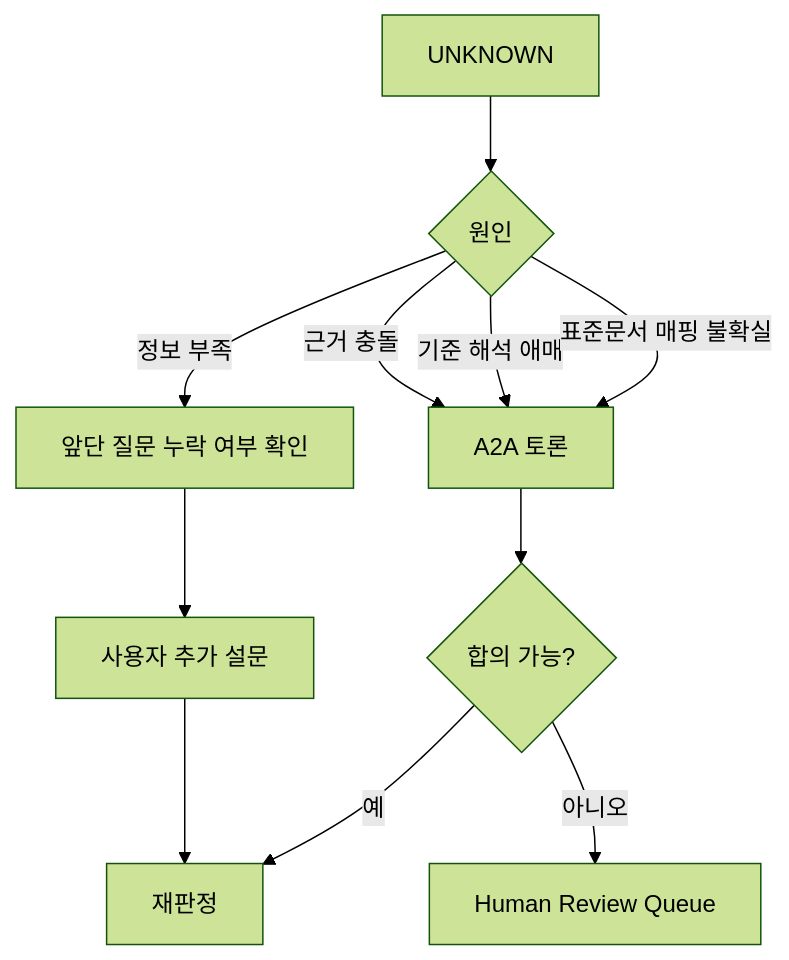
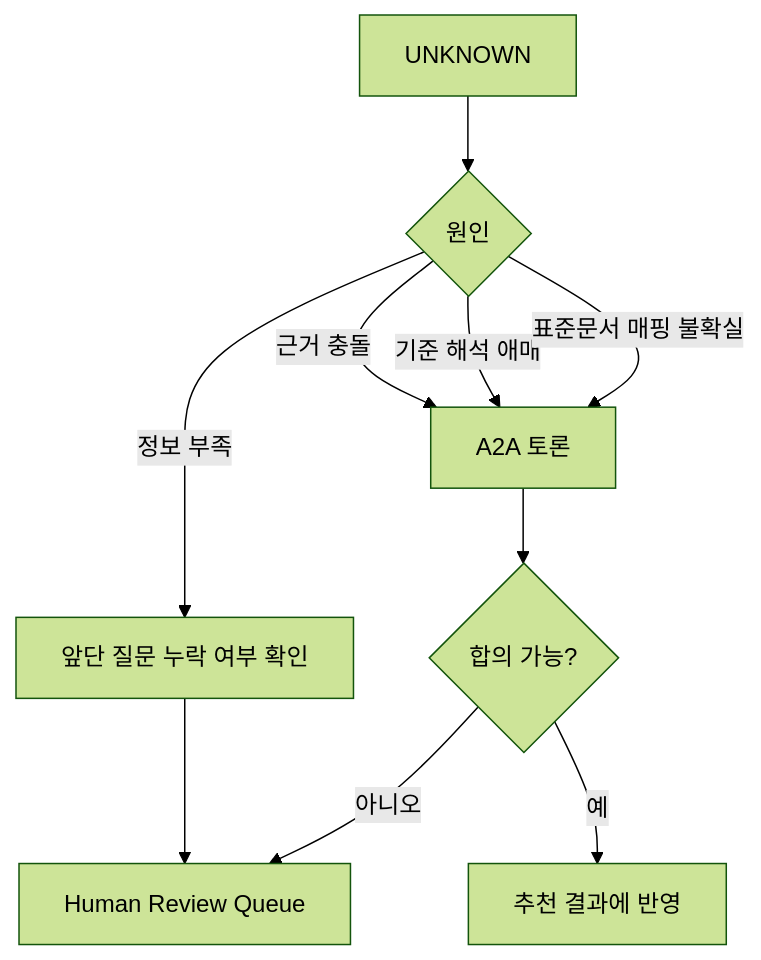
One commit to 1jaekim/AWS_Healthcare changed the fifth of 5 diagrams in doc/ARCHITECTURE_V2.md. Above: the diagram before and after it, drawn with Mermaid (forest theme). The commit also changed other lines of this file and 1 other file, not shown here.

````diff
--- a/doc/ARCHITECTURE_V2.md
+++ b/doc/ARCHITECTURE_V2.md
@@ -355,13 +357,12 @@
 ```mermaid
 flowchart TD
     U["UNKNOWN"] --> C{"원인"}
     C -->|정보 부족| Q["앞단 질문 누락 여부 확인"]
     C -->|근거 충돌| D["A2A 토론"]
     C -->|기준 해석 애매| D
     C -->|표준문서 매핑 불확실| D
-    Q --> A["사용자 추가 설문"]
-    A --> R["재판정"]
+    Q --> H["Human Review 또는 다음 실행"]
     D --> J{"합의 가능?"}
-    J -->|예| R
+    J -->|예| R["추천 결과에 반영"]
     J -->|아니오| H["Human Review Queue"]
 ```
````
